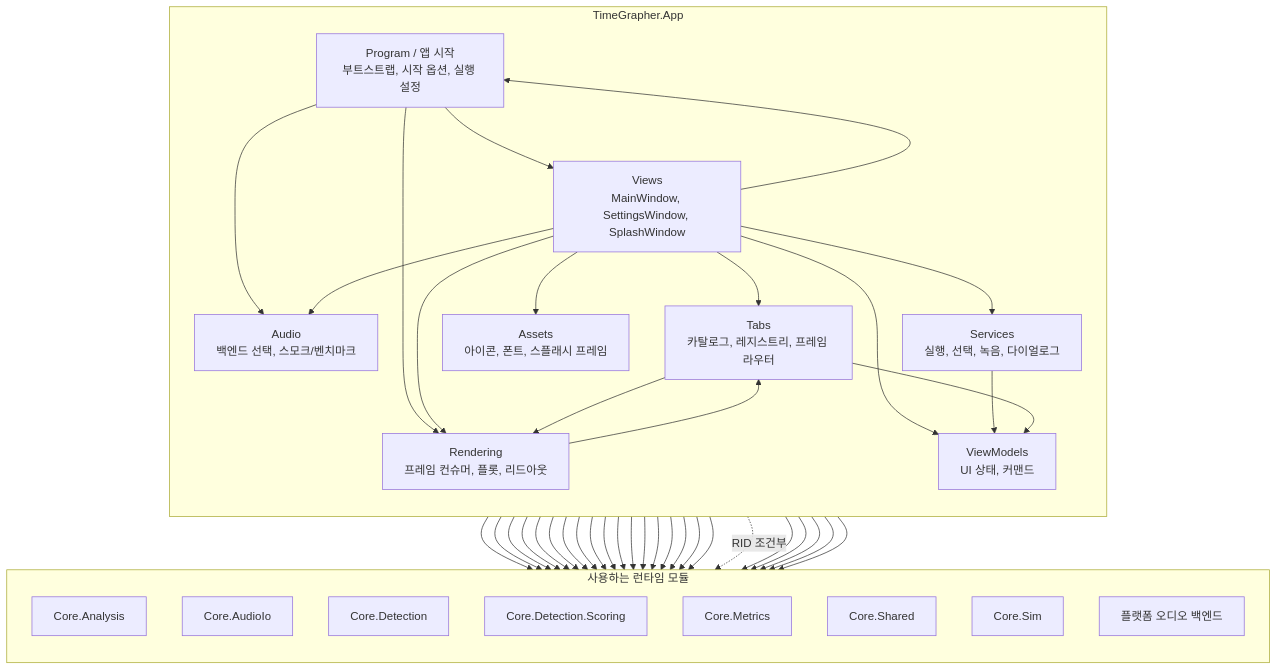
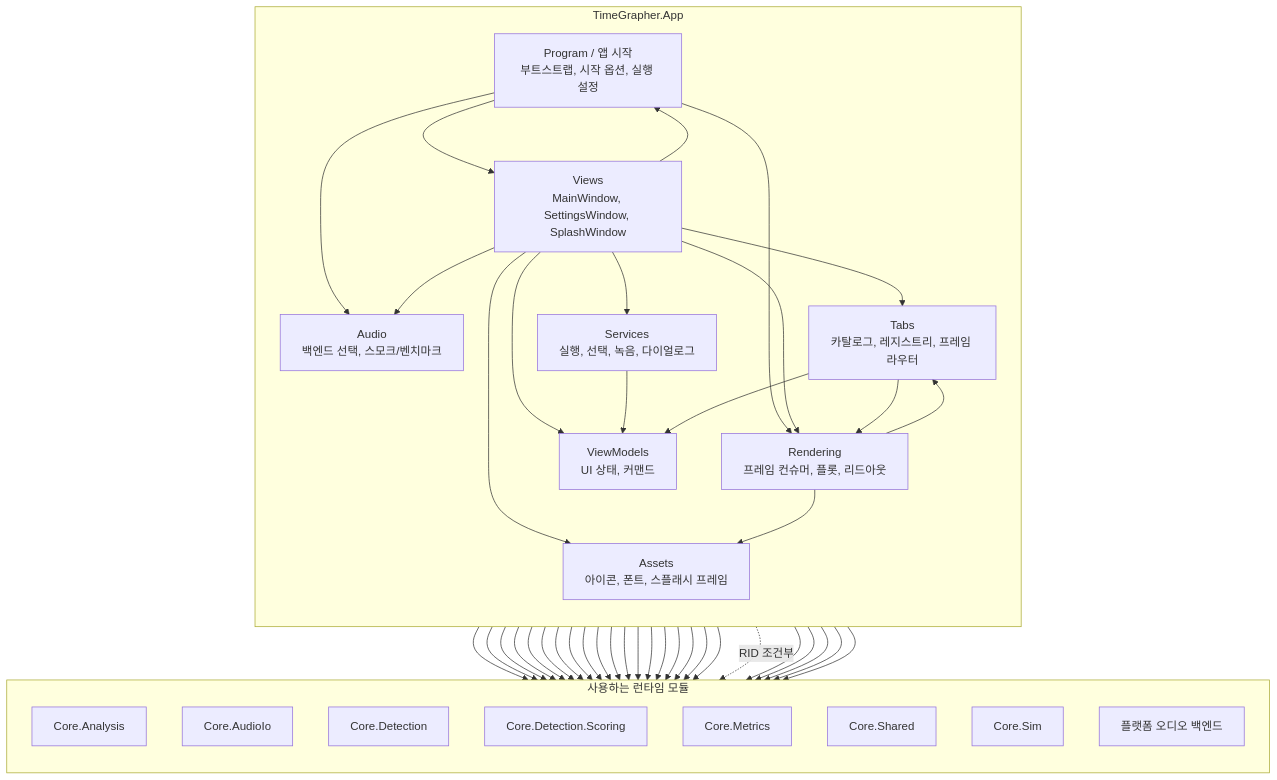
One commit to Jae-hong-5/TimeGrapher-Net changed the second of 3 diagrams in docs/for-ai/MODULE_USES_VIEW.md. Above: the diagram before and after it, drawn with Mermaid. The commit also changed other lines of this file, not shown here.

````diff
--- a/docs/for-ai/MODULE_USES_VIEW.md
+++ b/docs/for-ai/MODULE_USES_VIEW.md
@@ -98,71 +98,73 @@
 ```mermaid
 flowchart TB
     subgraph App["TimeGrapher.App"]
         direction TB
         Program["Program / 앱 시작<br/>부트스트랩, 시작 옵션, 실행 설정"]
         Views["Views<br/>MainWindow, SettingsWindow, SplashWindow"]
         ViewModels["ViewModels<br/>UI 상태, 커맨드"]
         Services["Services<br/>실행, 선택, 녹음, 다이얼로그"]
         Audio["Audio<br/>백엔드 선택, 스모크/벤치마크"]
         Tabs["Tabs<br/>카탈로그, 레지스트리, 프레임 라우터"]
         Rendering["Rendering<br/>프레임 컨슈머, 플롯, 리드아웃"]
         Assets["Assets<br/>아이콘, 폰트, 스플래시 프레임"]
     end
 
     subgraph UsedRuntime["사용하는 런타임 모듈"]
         direction TB
         CoreAnalysis["Core.Analysis"]
         CoreAudioIo["Core.AudioIo"]
         CoreDetection["Core.Detection"]
         CoreScoring["Core.Detection.Scoring"]
         CoreMetrics["Core.Metrics"]
         CoreShared["Core.Shared"]
         CoreSim["Core.Sim"]
         PlatformAudio["플랫폼 오디오 백엔드"]
     end
 
     Program --> Views
     Program --> Audio
     Program --> Rendering
     Program --> CoreAnalysis
     Program --> CoreAudioIo
     Program --> CoreScoring
     Program --> CoreShared
 
     Views --> Program
     Views --> ViewModels
     Views --> Services
     Views --> Audio
     Views --> Tabs
     Views --> Rendering
     Views --> CoreAudioIo
     Views --> CoreDetection
     Views --> CoreShared
     Views --> CoreSim
     Views --> Assets
 
     ViewModels --> CoreAnalysis
     ViewModels --> CoreShared
 
     Services --> ViewModels
     Services --> CoreAnalysis
     Services --> CoreAudioIo
+    Services --> CoreDetection
     Services --> CoreMetrics
     Services --> CoreShared
 
     Audio --> CoreAnalysis
     Audio --> CoreAudioIo
     Audio --> CoreShared
     Audio --> CoreSim
     Audio -. "RID 조건부" .-> PlatformAudio
 
     Tabs --> ViewModels
     Tabs --> Rendering
     Tabs --> CoreAnalysis
     Tabs --> CoreShared
 
     Rendering --> Tabs
     Rendering --> CoreAnalysis
     Rendering --> CoreMetrics
     Rendering --> CoreShared
+    Rendering --> Assets
 ```
````
